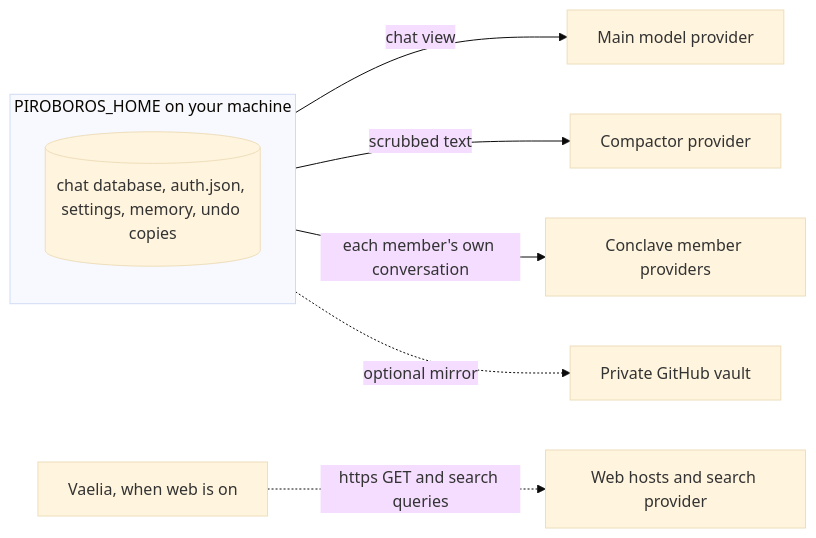
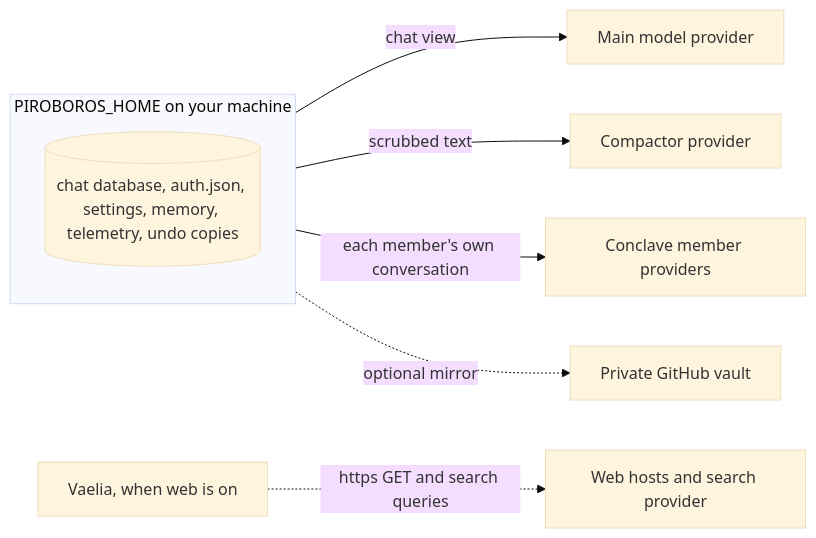
Before and after one commit to thelastbodhisattva/piroboros: the third of 3 diagrams in README.md, drawn with Mermaid (base theme). The commit also changed other lines of this file and 15 other files, not shown here.

````diff
--- a/README.md
+++ b/README.md
@@ -92,11 +92,11 @@
 ```mermaid
 flowchart LR
   subgraph home["PIROBOROS_HOME on your machine"]
-    store[("chat database, auth.json, settings, memory, undo copies")]
+    store[("chat database, auth.json, settings, memory, telemetry, undo copies")]
   end
   home -->|"chat view"| mainp["Main model provider"]
   home -->|"scrubbed text"| compp["Compactor provider"]
   home -->|"each member's own conversation"| memp["Conclave member providers"]
   home -.->|"optional mirror"| vault["Private GitHub vault"]
   vaelia["Vaelia, when web is on"] -.->|"https GET and search queries"| web["Web hosts and search provider"]
 ```
````
